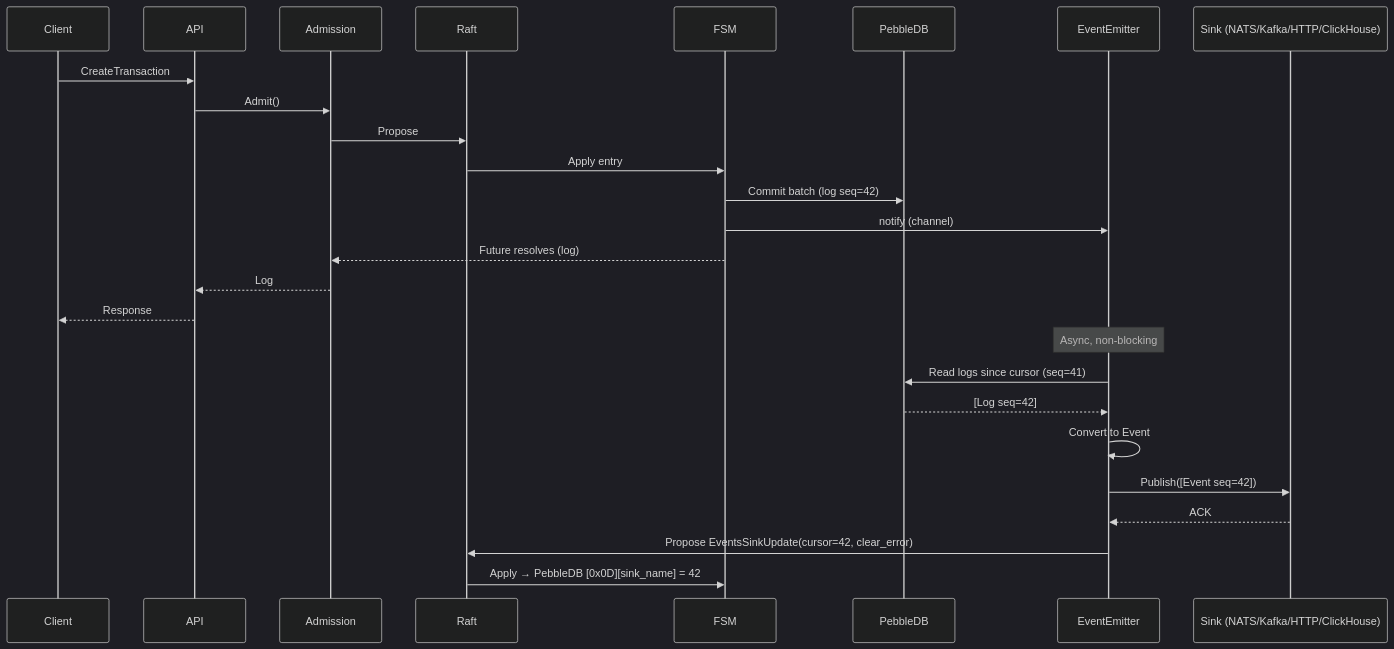
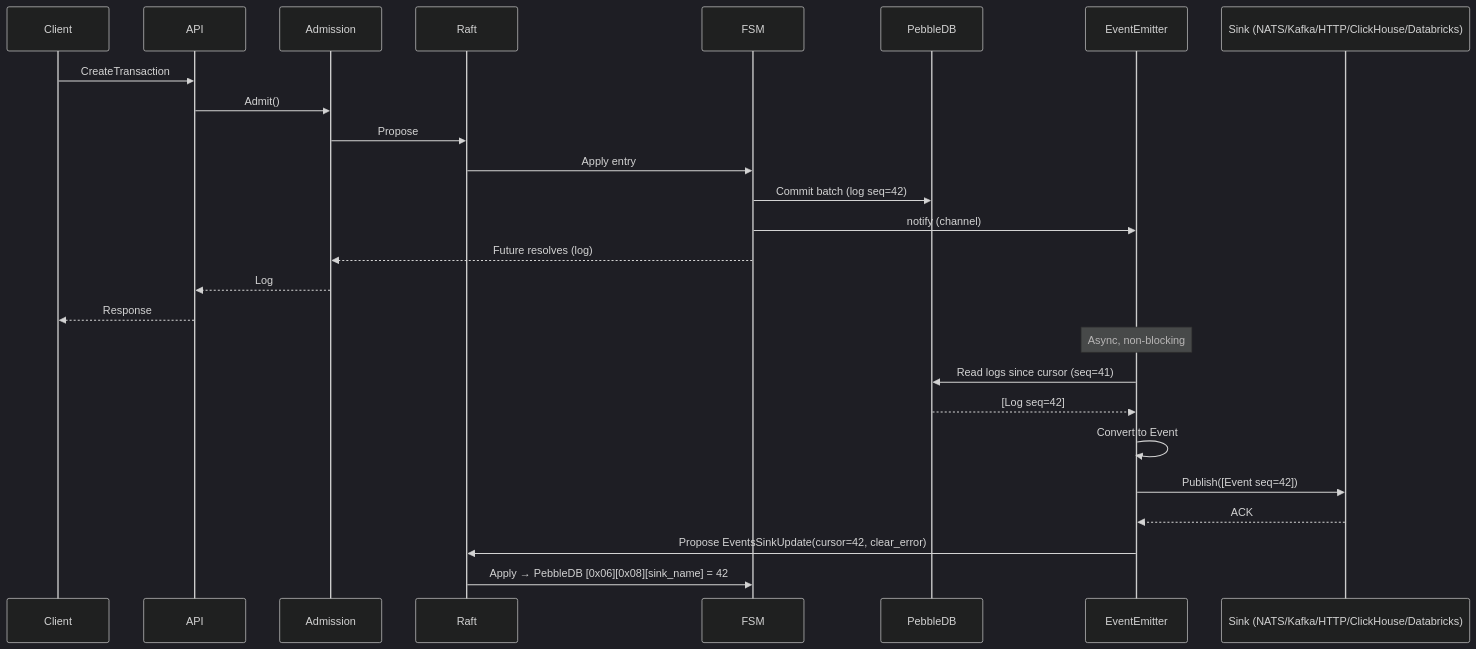
Before and after one commit to formancehq/ledger: the first of 2 diagrams in docs/dev/architecture/events.md, drawn with Mermaid (dark theme). The commit also changed other lines of this file and 25 other files, not shown here.

````diff
--- a/docs/dev/architecture/events.md
+++ b/docs/dev/architecture/events.md
@@ -490,30 +495,30 @@
 ```mermaid
 sequenceDiagram
     participant Client
     participant API
     participant Admission
     participant Raft
     participant FSM
     participant PebbleDB
     participant Emitter as EventEmitter
-    participant Sink as Sink (NATS/Kafka/HTTP/ClickHouse)
+    participant Sink as Sink (NATS/Kafka/HTTP/ClickHouse/Databricks)
 
     Client->>API: CreateTransaction
     API->>Admission: Admit()
     Admission->>Raft: Propose
     Raft->>FSM: Apply entry
     FSM->>PebbleDB: Commit batch (log seq=42)
     FSM->>Emitter: notify (channel)
     FSM-->>Admission: Future resolves (log)
     Admission-->>API: Log
     API-->>Client: Response
 
     Note over Emitter: Async, non-blocking
     Emitter->>PebbleDB: Read logs since cursor (seq=41)
     PebbleDB-->>Emitter: [Log seq=42]
     Emitter->>Emitter: Convert to Event
     Emitter->>Sink: Publish([Event seq=42])
     Sink-->>Emitter: ACK
     Emitter->>Raft: Propose EventsSinkUpdate(cursor=42, clear_error)
-    Raft->>FSM: Apply → PebbleDB [0x0D][sink_name] = 42
+    Raft->>FSM: Apply → PebbleDB [0x06][0x08][sink_name] = 42
 ```
````
